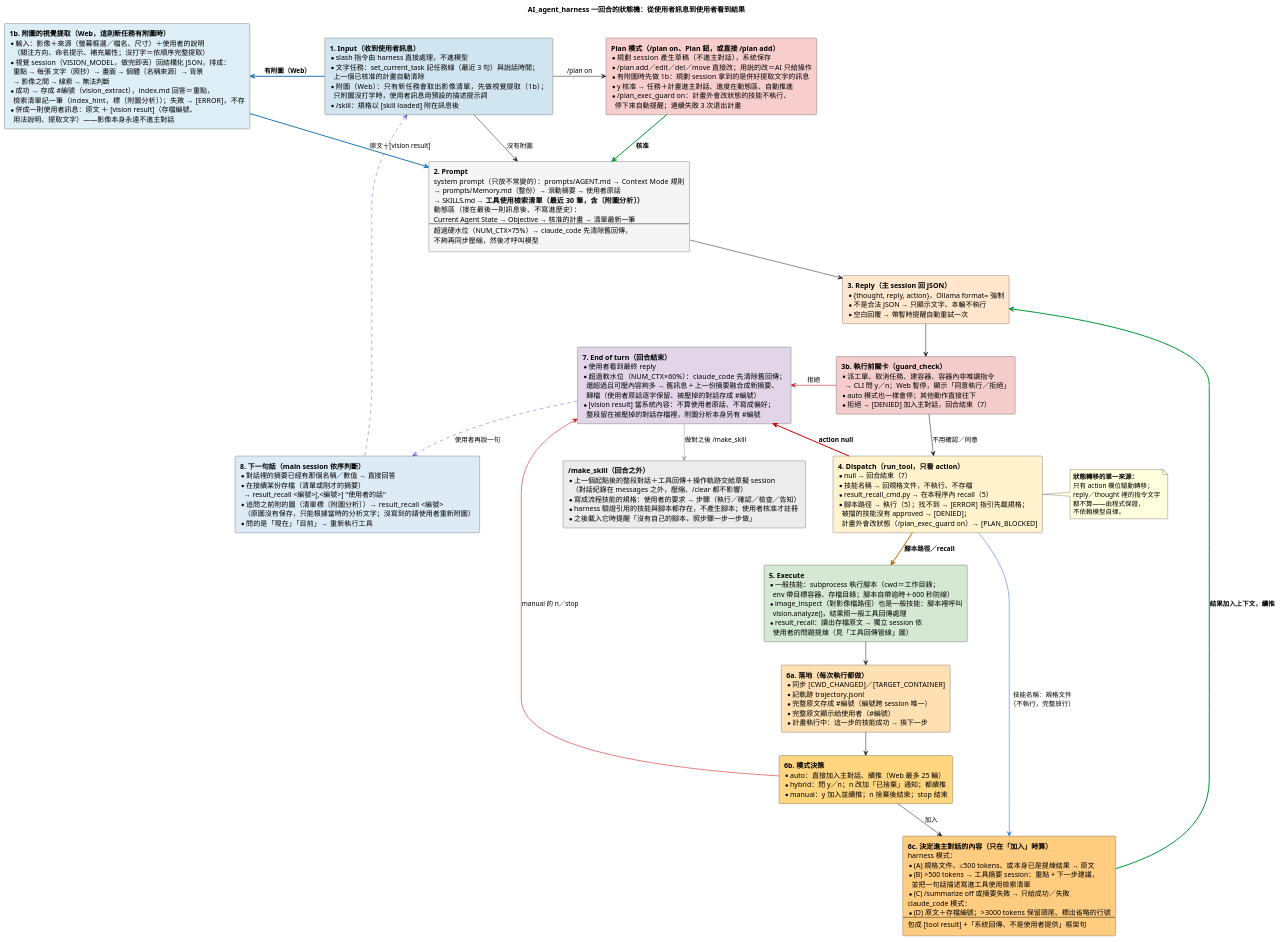
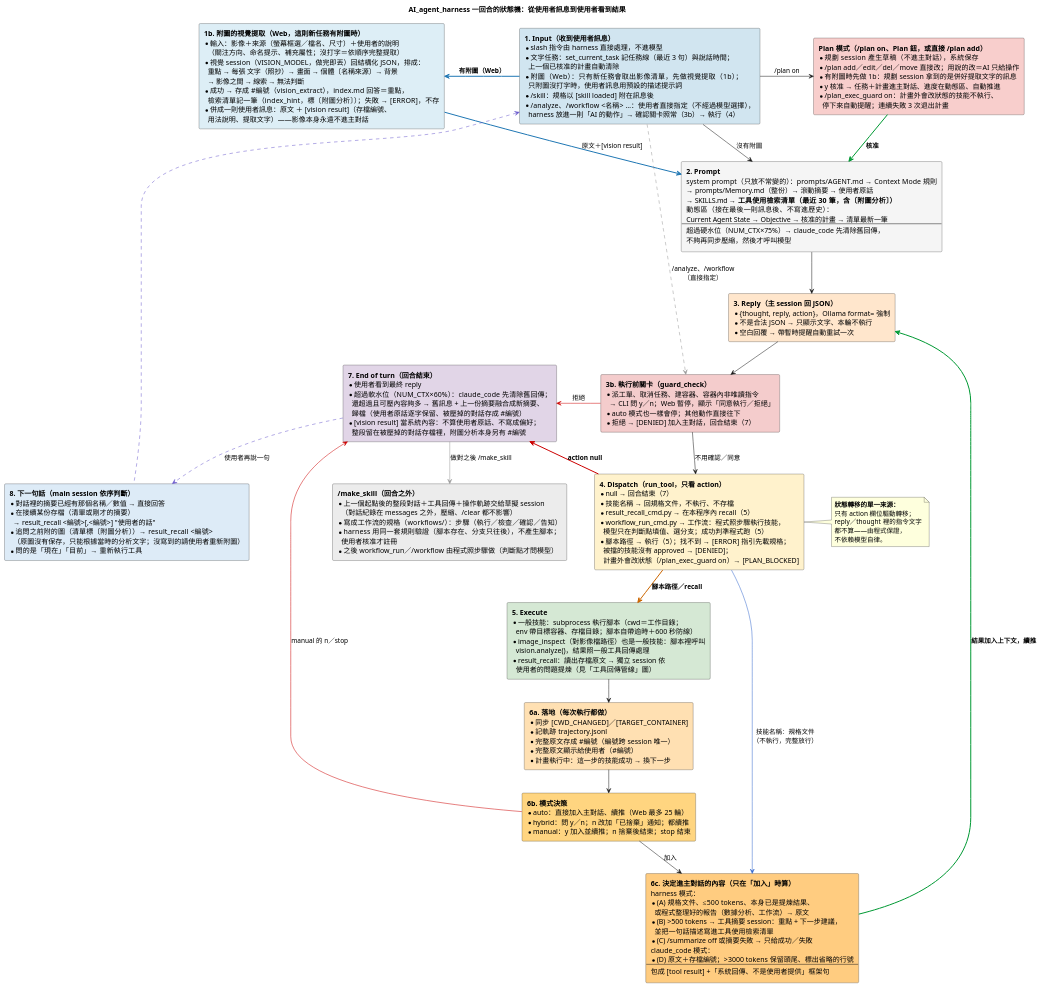
Before and after one commit to DavidZox/Coding_agnet: the diagram in doc/diagrams/AI_agent_harness的狀態轉移.puml, drawn with PlantUML. The commit also changed 62 other files, not shown here.

```diff
--- a/doc/diagrams/AI_agent_harness的狀態轉移.puml
+++ b/doc/diagrams/AI_agent_harness的狀態轉移.puml
@@ -1,179 +1,186 @@
 @startuml
 ' --- 樣式精準控制 ---
 skinparam RectangleWidthMax 360
 skinparam ranksep 45
 skinparam nodesep 55
 skinparam shadowing false
 skinparam defaultFontName "Microsoft JhengHei"
 
 title AI_agent_harness 一回合的狀態機：從使用者訊息到使用者看到結果
 
 rectangle State1 #D1E5F0 [
   **1. Input（收到使用者訊息）**
   * slash 指令由 harness 直接處理，不進模型
   * 文字任務：set_current_task 記任務線（最近 3 句）與說話時間；
     上一個已核准的計畫自動清除
   * 附圖（Web）：只有新任務會取出影像清單，先做視覺提取（1b）；
     只附圖沒打字時，使用者訊息用預設的描述提示詞
   * /skill：規格以 [skill loaded] 附在訊息後
+  * /analyze、/workflow <名稱> …：使用者直接指定（不經過模型選擇），
+    harness 放進一則「AI 的動作」→ 確認關卡照常（3b）→ 執行（4）
 ]
 
 rectangle StateVision #DDEEF6 [
   **1b. 附圖的視覺提取（Web，這則新任務有附圖時）**
   * 輸入：影像＋來源（螢幕框選／檔名、尺寸）＋使用者的說明
     （關注方向、命名提示、補充屬性；沒打字＝依順序完整提取）
   * 視覺 session（VISION_MODEL，做完即丟）回結構化 JSON，排成：
     重點 → 每張 文字（照抄）→ 畫面 → 個體〔名稱來源〕→ 背景
     → 影像之間 → 線索 → 無法判斷
   * 成功 → 存成 #編號（vision_extract），index.md 回答＝重點，
     檢索清單記一筆（index_hint，標〔附圖分析〕）；失敗 → [ERROR]，不存
   * 併成一則使用者訊息：原文 ＋ [vision result]（存檔編號、
     用法說明、提取文字）——影像本身永遠不進主對話
 ]
 
 rectangle State2 #F5F5F5 [
   **2. Prompt**
   system prompt（只放不常變的）：prompts/AGENT.md → Context Mode 規則
   → prompts/Memory.md（整份）→ 滾動摘要 → 使用者原話
   → SKILLS.md → **工具使用檢索清單（最近 30 筆，含〔附圖分析〕）**
   動態區（接在最後一則訊息後、不寫進歷史）：
   Current Agent State → Objective → 核准的計畫 → 清單最新一筆
   ----
   超過硬水位（NUM_CTX×75%）→ claude_code 先清除舊回傳，
   不夠再同步壓縮，然後才呼叫模型
 ]
 
 rectangle State3 #FFE6CC [
   **3. Reply（主 session 回 JSON）**
   * {thought, reply, action}，Ollama format= 強制
   * 不是合法 JSON → 只顯示文字、本輪不執行
   * 空白回覆 → 帶暫時提醒自動重試一次
 ]
 
 rectangle StateGuard #F4CCCC [
   **3b. 執行前關卡（guard_check）**
   * 派工單、取消任務、建容器、容器內非唯讀指令
     → CLI 問 y／n；Web 暫停，顯示「同意執行／拒絕」
   * auto 模式也一樣會停；其他動作直接往下
   * 拒絕 → [DENIED] 加入主對話，回合結束（7）
 ]
 
 rectangle State4 #FFF2CC [
   **4. Dispatch（run_tool，只看 action）**
   * null → 回合結束（7）
   * 技能名稱 → 回規格文件，不執行、不存檔
   * result_recall_cmd.py → 在本程序內 recall（5）
+  * workflow_run_cmd.py → 工作流：程式照步驟執行技能，
+    模型只在判斷點填值、選分支；成功判準程式跑（5）
   * 腳本路徑 → 執行（5）；找不到 → [ERROR] 指引先載規格；
     被擋的技能沒有 approved → [DENIED]；
     計畫外會改狀態（/plan_exec_guard on）→ [PLAN_BLOCKED]
 ]
 
 rectangle State5 #D5E8D4 [
   **5. Execute**
   * 一般技能：subprocess 執行腳本（cwd＝工作目錄；
     env 帶目標容器、存檔目錄；腳本自帶逾時＋600 秒防線）
   * image_inspect（對影像檔路徑）也是一般技能：腳本裡呼叫
     vision.analyze()，結果照一般工具回傳處理
   * result_recall：讀出存檔原文 → 獨立 session 依
     使用者的問題提煉（見「工具回傳管線」圖）
 ]
 
 rectangle State6a #FFE0B2 [
   **6a. 落地（每次執行都做）**
   * 同步 [CWD_CHANGED]／[TARGET_CONTAINER]
   * 記軌跡 trajectory.jsonl
   * 完整原文存成 #編號（編號跨 session 唯一）
   * 完整原文顯示給使用者（#編號）
   * 計畫執行中：這一步的技能成功 → 換下一步
 ]
 
 rectangle State6b #FFD580 [
   **6b. 模式決策**
   * auto：直接加入主對話、續推（Web 最多 25 輪）
   * hybrid：問 y／n；n 改加「已捨棄」通知；都續推
   * manual：y 加入並續推；n 捨棄後結束；stop 結束
 ]
 
 rectangle State6c #FFCC80 [
   **6c. 決定進主對話的內容（只在「加入」時算）**
   harness 模式：
-  * (A) 規格文件、≤500 tokens、或本身已是提煉結果 → 原文
+  * (A) 規格文件、≤500 tokens、本身已是提煉結果、
+    或程式整理好的報告（數據分析、工作流）→ 原文
   * (B) >500 tokens → 工具摘要 session：重點 + 下一步建議，
     並把一句話描述寫進工具使用檢索清單
   * (C) /summarize off 或摘要失敗 → 只給成功／失敗
   claude_code 模式：
   * (D) 原文＋存檔編號；>3000 tokens 保留頭尾、標出省略的行號
   ----
   包成 [tool result] +「系統回傳、不是使用者提供」框架句
 ]
 
 rectangle State7 #E1D5E7 [
   **7. End of turn（回合結束）**
   * 使用者看到最終 reply
   * 超過軟水位（NUM_CTX×60%）：claude_code 先清除舊回傳；
     還超過且可壓內容夠多 → 舊訊息 + 上一份摘要融合成新摘要、
     歸檔（使用者原話逐字保留、被壓掉的對話存成 #編號）
   * [vision result] 當系統內容：不算使用者原話、不寫成偏好；
     整段留在被壓掉的對話存檔裡，附圖分析本身另有 #編號
 ]
 
 rectangle State8 #DDEBF7 [
   **8. 下一句話（main session 依序判斷）**
   * 對話裡的摘要已經有那個名稱／數值 → 直接回答
   * 在接續某份存檔（清單或剛才的摘要）
     → result_recall <編號>[,<編號>] "使用者的話"
   * 追問之前附的圖（清單標〔附圖分析〕）→ result_recall <編號>
     （原圖沒有保存，只能根據當時的分析文字；沒寫到的請使用者重新附圖）
   * 問的是「現在」「目前」→ 重新執行工具
 ]
 
 rectangle StatePlan #F8CECC [
   **Plan 模式（/plan on、Plan 鈕，或直接 /plan add）**
   * 規劃 session 產生草稿（不進主對話），系統保存
   * /plan add／edit／del／move 直接改；用說的改＝AI 只給操作
   * 有附圖時先做 1b：規劃 session 拿到的是併好提取文字的訊息
   * y 核准 → 任務＋計畫進主對話、進度在動態區、自動推進
   * /plan_exec_guard on：計畫外會改狀態的技能不執行、
     停下來自動提醒；連續失敗 3 次退出計畫
 ]
 
 rectangle StateSkill #ECECEC [
   **/make_skill（回合之外）**
   * 上一個起點後的整段對話＋工具回傳＋操作軌跡交給草擬 session
     （對話紀錄在 messages 之外，壓縮、/clear 都不影響）
-  * 寫成流程技能的規格：使用者的要求 → 步驟（執行／確認／檢查／告知）
-  * harness 驗證引用的技能與腳本都存在，不產生腳本；使用者核准才註冊
-  * 之後載入它時提醒「沒有自己的腳本，照步驟一步一步做」
+  * 寫成工作流的規格（workflows/）：步驟（執行／檢查／確認／告知）
+  * harness 用同一套規則驗證（腳本存在、分支只往後），不產生腳本；
+    使用者核准才註冊
+  * 之後 workflow_run／/workflow 由程式照步驟做（判斷點才問模型）
 ]
 
 ' --- 邏輯流向 ---
 State1 -down-> State2 : 沒有附圖
 State1 -[#1F77B4,bold]left-> StateVision : **有附圖（Web）**
 StateVision -[#1F77B4,bold]down-> State2 : 原文＋[vision result]
 State2 -down-> State3
 State3 -down-> StateGuard
 StateGuard -down-> State4 : 不用確認／同意
 StateGuard -[#CC0000]left-> State7 : 拒絕
 State4 -[#CC6600,bold]down-> State5 : **腳本路徑／recall**
 State4 -[#3366CC]right-> State6c : 技能名稱：規格文件\n（不執行，完整放行）
 State5 -down-> State6a
 State6a -down-> State6b
 State6b -down-> State6c : 加入
 State6c -[#009933,bold]up-> State3 : **結果加入上下文，續推**
 State4 -[#CC0000,bold]left-> State7 : **action null**
 State6b -[#CC0000]left-> State7 : manual 的 n／stop
 State7 -[#6A5ACD,dashed]down-> State8 : 使用者再說一句
 State8 -[#6A5ACD,dashed]up-> State1
 State1 -right-> StatePlan : /plan on
+State1 -[#999999,dashed]right-> StateGuard : /analyze、/workflow\n（直接指定）
 StatePlan -[#009933,bold]down-> State2 : **核准**
 State7 -[#999999]down-> StateSkill : 做對之後 /make_skill
 
 note right of State4
   **狀態轉移的單一來源：**
   只有 action 欄位驅動轉移；
   reply／thought 裡的指令文字
   都不算——由程式保證，
   不依賴模型自律。
 end note
 
 @enduml
```
